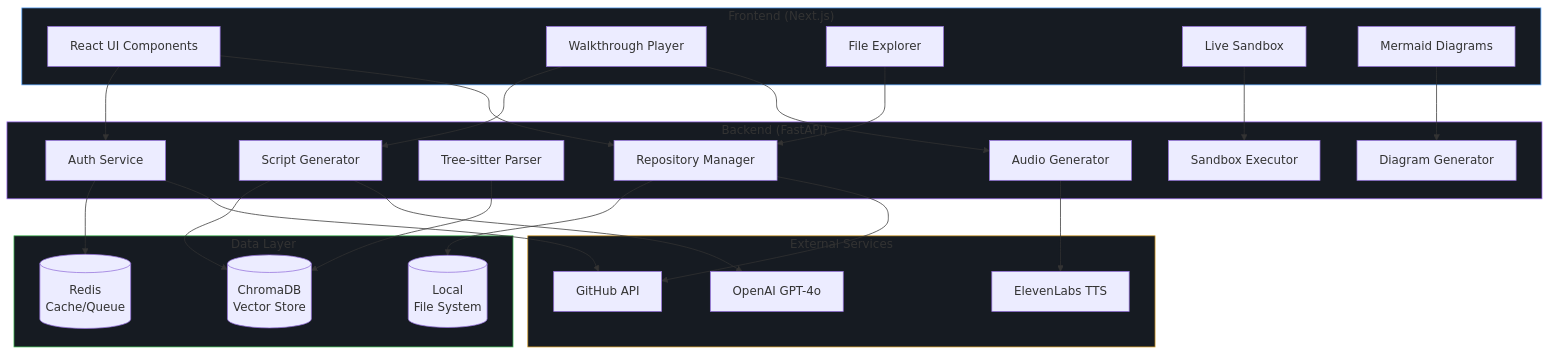
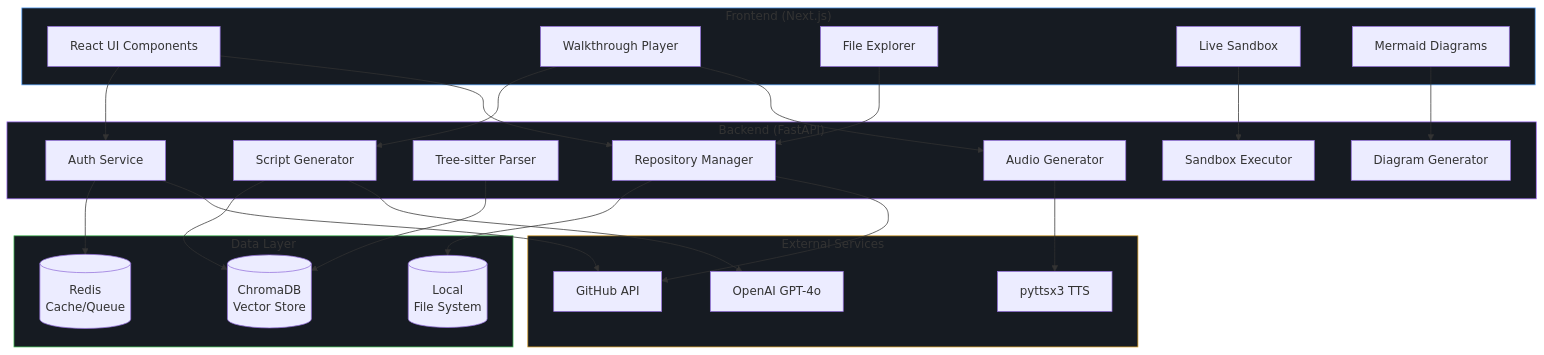
Before and after one commit to nitinog10/Docuverse-Ai: the first of 6 diagrams in docs/DATA_FLOW.md, drawn with Mermaid. The commit also changed other lines of this file and 6 other files, not shown here.

Commit message:
Add audio walkthrough flow and update backend config

````diff
--- a/docs/DATA_FLOW.md
+++ b/docs/DATA_FLOW.md
@@ -5,58 +5,58 @@
 ```mermaid
 flowchart TB
     subgraph Client["Frontend (Next.js)"]
         UI[React UI Components]
         Player[Walkthrough Player]
         FileExp[File Explorer]
         Sandbox[Live Sandbox]
         Diagrams[Mermaid Diagrams]
     end
 
     subgraph API["Backend (FastAPI)"]
         Auth[Auth Service]
         RepoMgr[Repository Manager]
         Parser[Tree-sitter Parser]
         ScriptGen[Script Generator]
         AudioGen[Audio Generator]
         DiagramGen[Diagram Generator]
         SandboxExec[Sandbox Executor]
     end
 
     subgraph Storage["Data Layer"]
         ChromaDB[(ChromaDB\nVector Store)]
         FileSystem[(Local\nFile System)]
         Redis[(Redis\nCache/Queue)]
     end
 
     subgraph External["External Services"]
         GitHub[GitHub API]
         OpenAI[OpenAI GPT-4o]
-        ElevenLabs[ElevenLabs TTS]
+        pyttsx3[pyttsx3 TTS]
     end
 
     %% Client to API connections
     UI --> Auth
     UI --> RepoMgr
     Player --> ScriptGen
     Player --> AudioGen
     FileExp --> RepoMgr
     Sandbox --> SandboxExec
     Diagrams --> DiagramGen
 
     %% API to Storage
     Auth --> Redis
     RepoMgr --> FileSystem
     Parser --> ChromaDB
     ScriptGen --> ChromaDB
 
     %% API to External
     Auth --> GitHub
     RepoMgr --> GitHub
     ScriptGen --> OpenAI
-    AudioGen --> ElevenLabs
+    AudioGen --> pyttsx3
 
     style Client fill:#161b22,stroke:#58a6ff
     style API fill:#161b22,stroke:#a371f7
     style Storage fill:#161b22,stroke:#3fb950
     style External fill:#161b22,stroke:#d29922
 ```
````
